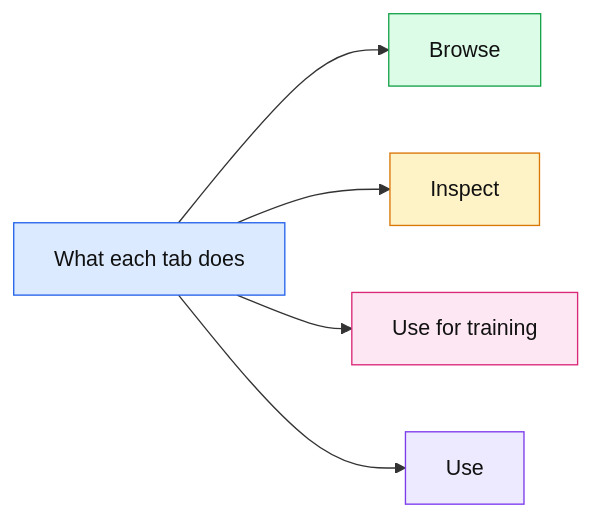
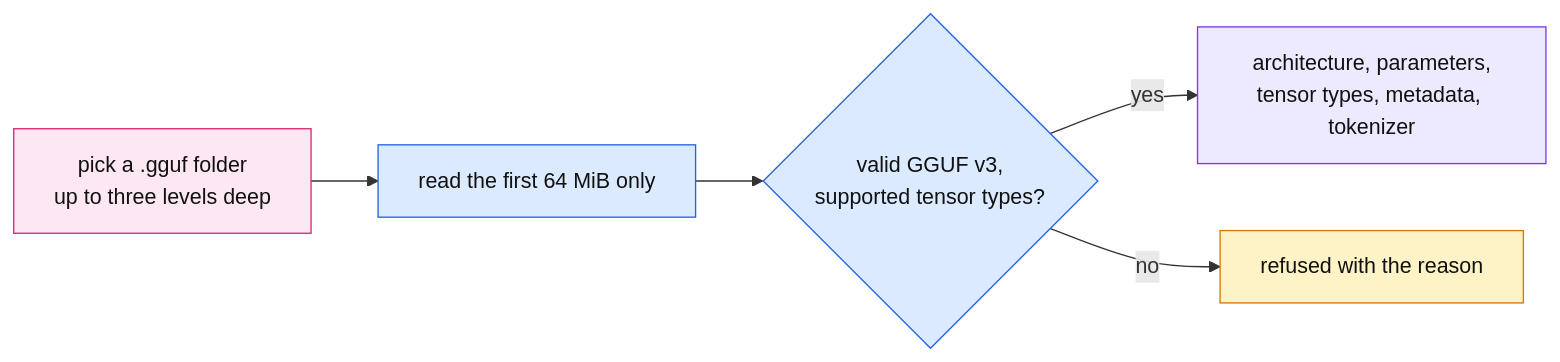
Before and after one commit to thomascherickal/ferrum-gpu: diagram 11 of 21 in docs/gui.md, drawn with Mermaid. The commit also changed other lines of this file and 4 other files, not shown here.

First line of the commit message:
docs: hand-drawn data-flow diagrams for the readme, architecture and GUI pages

````diff
--- a/docs/gui.md
+++ b/docs/gui.md
@@ -90,13 +190,12 @@
 ```mermaid
 flowchart LR
-    a["What each tab does"]:::root
-    a --> n0["Browse"]:::c0
-    a --> n1["Inspect"]:::c1
-    a --> n2["Use for training"]:::c2
-    a --> n3["Use"]:::c3
-    classDef root fill:#dbeafe,stroke:#2563eb,color:#111
-    classDef c0 fill:#dcfce7,stroke:#16a34a,color:#111
-    classDef c1 fill:#fef3c7,stroke:#d97706,color:#111
-    classDef c2 fill:#fce7f3,stroke:#db2777,color:#111
-    classDef c3 fill:#ede9fe,stroke:#7c3aed,color:#111
+    f["pick a .gguf folder<br/>up to three levels deep"]:::io --> r["read the first 64 MiB only"]:::core
+    r --> ok{"valid GGUF v3,<br/>supported tensor types?"}:::core
+    ok -- yes --> sh["architecture, parameters,<br/>tensor types, metadata, tokenizer"]:::host
+    ok -- no --> rf["refused with the reason"]:::cpu
+    classDef core fill:#dbeafe,stroke:#2563eb,color:#111
+    classDef gpu fill:#dcfce7,stroke:#16a34a,color:#111
+    classDef cpu fill:#fef3c7,stroke:#d97706,color:#111
+    classDef io fill:#fce7f3,stroke:#db2777,color:#111
+    classDef host fill:#ede9fe,stroke:#7c3aed,color:#111
 ```
````
